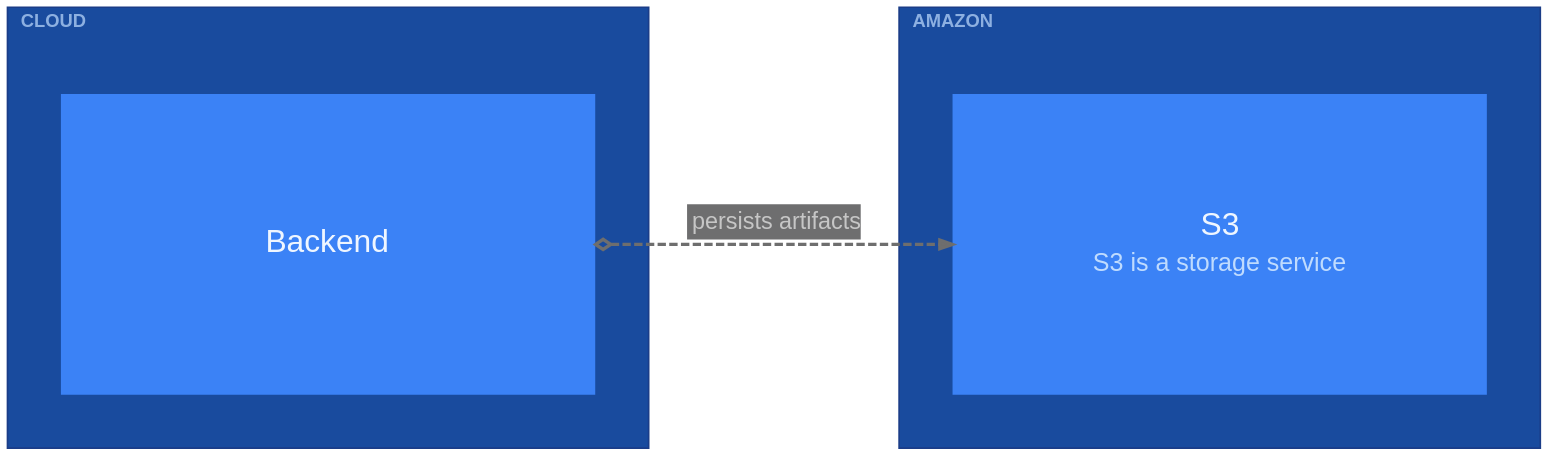
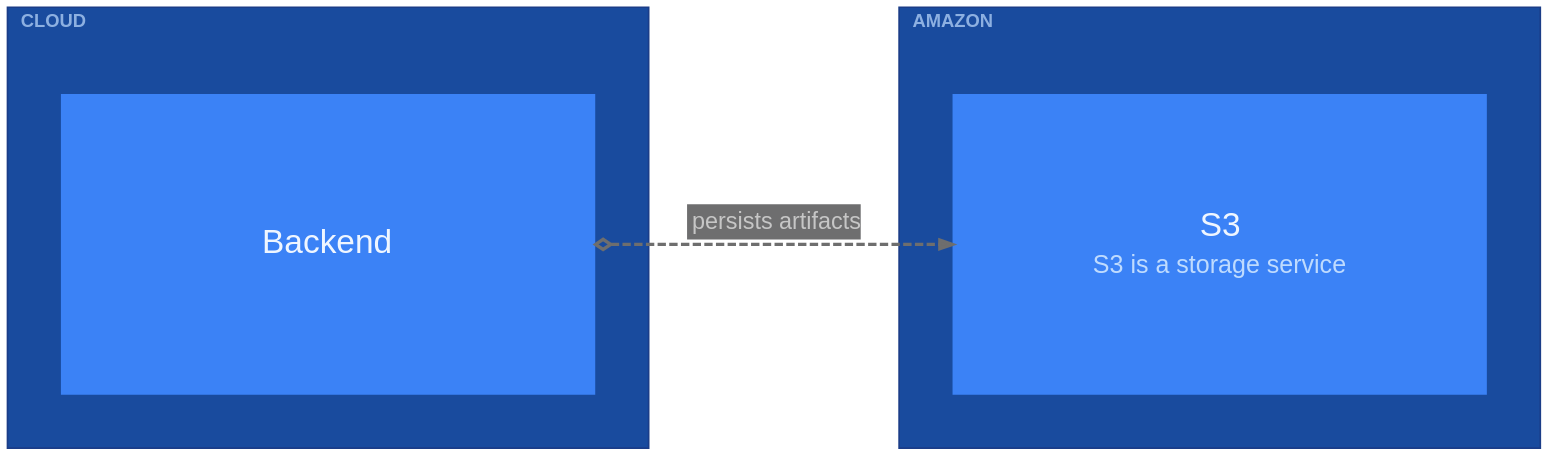
Before and after one commit to likec4/likec4: the diagram in packages/layouts/src/graphviz/__snapshots__/ElementViewPrinter-amazon.dot, drawn with Graphviz. The commit also changed 41 other files, not shown here.

```diff
--- a/packages/layouts/src/graphviz/__snapshots__/ElementViewPrinter-amazon.dot
+++ b/packages/layouts/src/graphviz/__snapshots__/ElementViewPrinter-amazon.dot
@@ -1,85 +1,85 @@
 digraph {
   likec4_viewId = "amazon";
   bgcolor = "transparent";
   layout = "dot";
   compound = true;
   rankdir = "TB";
   TBbalance = "min";
   splines = "spline";
   outputorder = "nodesfirst";
   nodesep = 1.528;
   ranksep = 1.667;
   pad = 0.209;
   fontname = "Arial";
   graph [
     fontsize = 15;
     labeljust = "l";
     labelloc = "t";
     margin = 50.1;
   ];
   edge [
     arrowsize = 0.75;
     fontname = "Arial";
     fontsize = 14;
     penwidth = 2;
     color = "#6E6E6E";
     fontcolor = "#C6C6C6";
   ];
   node [
     fontname = "Arial";
     shape = "rect";
     fillcolor = "#3b82f6";
     fontcolor = "#eff6ff";
     color = "#2563eb";
     style = "filled";
     penwidth = 0;
   ];
   "backend" [
     likec4_id = "cloud.backend";
     likec4_level = 1;
-    label = <<FONT POINT-SIZE="19">Backend</FONT>>;
+    label = <<FONT POINT-SIZE="20">Backend</FONT>>;
     margin = "0.223,0.223";
     width = 4.445;
     height = 2.5;
   ];
   "s3" [
     likec4_id = "amazon.s3";
     likec4_level = 1;
-    label = <<TABLE BORDER="0" CELLPADDING="0" CELLSPACING="4"><TR><TD><FONT POINT-SIZE="19">S3</FONT></TD></TR><TR><TD><FONT POINT-SIZE="15" COLOR="#bfdbfe">S3 is a storage service</FONT></TD></TR></TABLE>>;
+    label = <<TABLE BORDER="0" CELLPADDING="0" CELLSPACING="4"><TR><TD><FONT POINT-SIZE="20">S3</FONT></TD></TR><TR><TD><FONT POINT-SIZE="15" COLOR="#bfdbfe">S3 is a storage service</FONT></TD></TR></TABLE>>;
     margin = "0.223,0.223";
     width = 4.445;
     height = 2.5;
   ];
   subgraph "cluster_cloud" {
     likec4_id = "cloud";
     likec4_level = 0;
     likec4_depth = 1;
     fillcolor = "#194b9e";
     color = "#1b3d88";
     style = "filled";
     margin = 32;
     label = <<FONT POINT-SIZE="11" COLOR="#bfdbfeb3"><B>CLOUD</B></FONT>>;
     "backend";
   }
   subgraph "cluster_amazon" {
     likec4_id = "amazon";
     likec4_level = 0;
     likec4_depth = 1;
     fillcolor = "#194b9e";
     color = "#1b3d88";
     style = "filled";
     margin = 32;
     label = <<FONT POINT-SIZE="11" COLOR="#bfdbfeb3"><B>AMAZON</B></FONT>>;
     "s3";
   }
   "backend" -> "s3" [
     likec4_id = "cloud.backend:amazon.s3";
     style = "dashed";
     weight = 3;
     label = <<TABLE BORDER="0" CELLPADDING="3" CELLSPACING="0" BGCOLOR="#18191bA0"><TR><TD ALIGN="TEXT" BALIGN="LEFT"><FONT POINT-SIZE="14">persists artifacts</FONT></TD></TR></TABLE>>;
     arrowhead = "normal";
     arrowtail = "odiamond";
     dir = "both";
     minlen = 0;
   ];
 }
```
